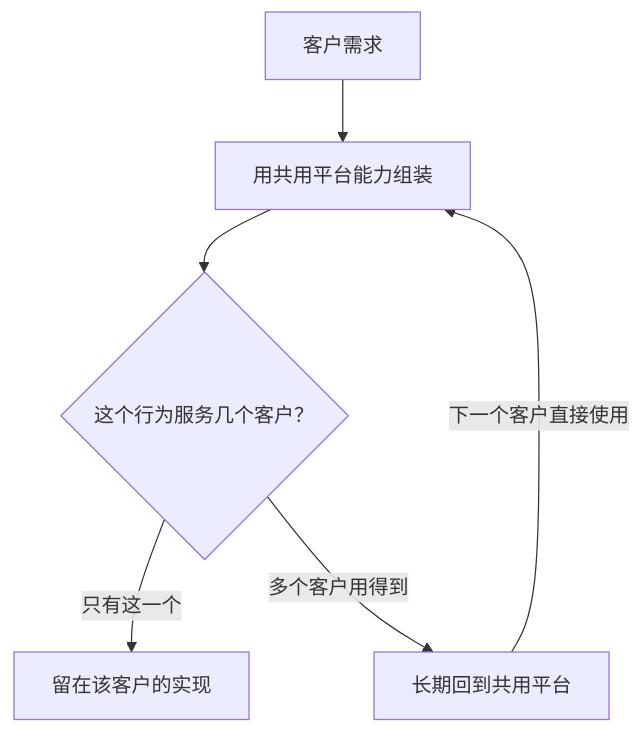
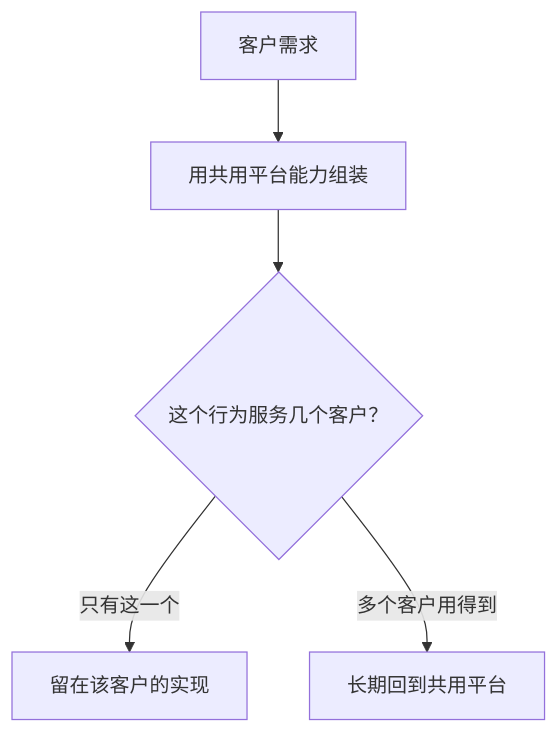
The first of 2 diagrams in _posts/zh-CN/2026-09-17-fde-platform-customization-economics.md (justmaocom/justmaocom.github.io), drawn with Mermaid before and after one commit. The commit also changed other lines of this file and 8 other files, not shown here.

````diff
--- a/_posts/zh-CN/2026-09-17-fde-platform-customization-economics.md
+++ b/_posts/zh-CN/2026-09-17-fde-platform-customization-economics.md
@@ -54,8 +54,7 @@
 ```mermaid
 flowchart TD
   A[客户需求] --> B[用共用平台能力组装]
   B --> C{这个行为服务几个客户？}
   C -->|只有这一个| D[留在该客户的实现]
   C -->|多个客户用得到| E[长期回到共用平台]
-  E -->|下一个客户直接使用| B
 ```
````
